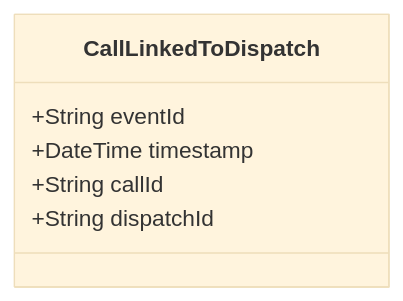
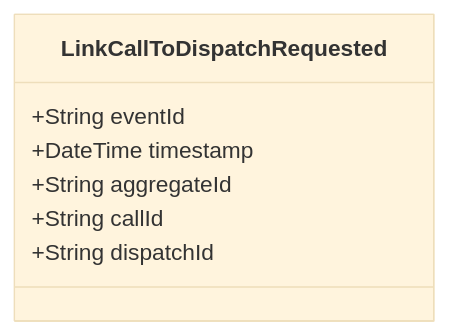
Before and after one commit to pgraff/police-system: the diagram in doc/events/CallLinkedToDispatch.md, drawn with Mermaid (base theme). The commit also changed other lines of this file and 58 other files, not shown here.

````diff
--- a/doc/events/CallLinkedToDispatch.md
+++ b/doc/events/CallLinkedToDispatch.md
@@ -9,9 +9,10 @@
 ```mermaid
 classDiagram
-    class CallLinkedToDispatch {
+    class LinkCallToDispatchRequested {
         +String eventId
         +DateTime timestamp
+        +String aggregateId
         +String callId
         +String dispatchId
     }
 ```
````
